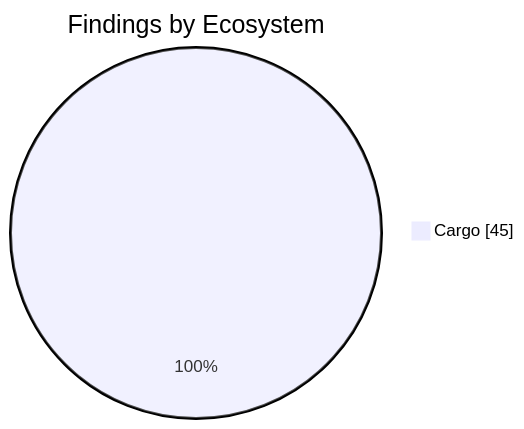
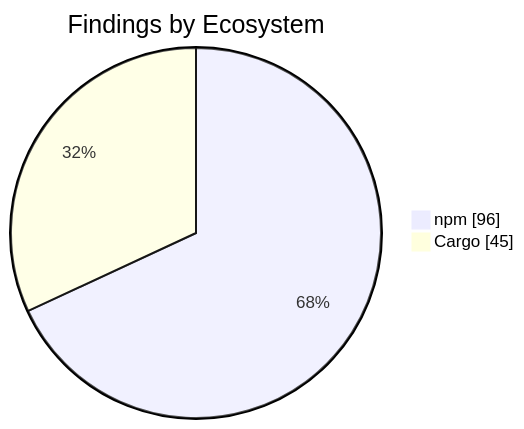
Before and after one commit to KBVE/kbve: the second of 2 diagrams in apps/kbve/astro-kbve/src/content/docs/dashboard/security.mdx, drawn with Mermaid. The commit also changed other lines of this file and 1 other file, not shown here.

````diff
--- a/apps/kbve/astro-kbve/src/content/docs/dashboard/security.mdx
+++ b/apps/kbve/astro-kbve/src/content/docs/dashboard/security.mdx
@@ -156,5 +159,6 @@
 ```mermaid
 pie showData
     title Findings by Ecosystem
+    "npm" : 96
     "Cargo" : 45
 ```
````
